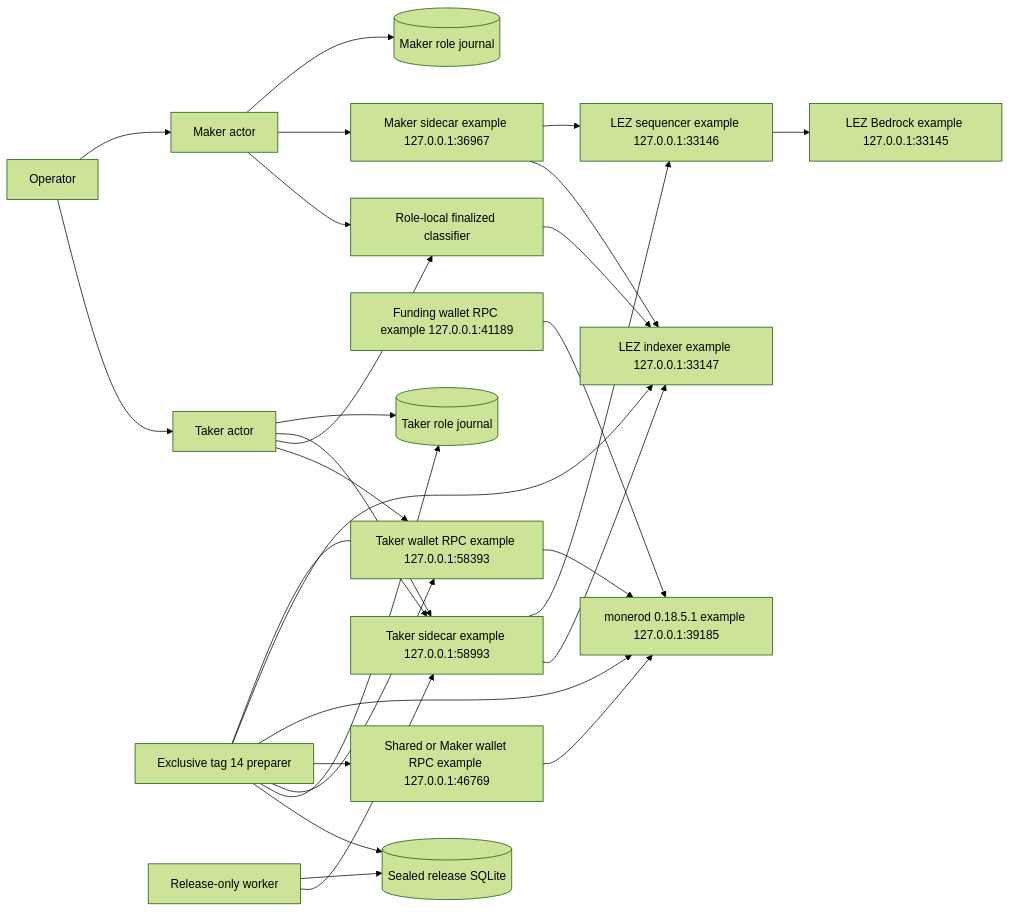
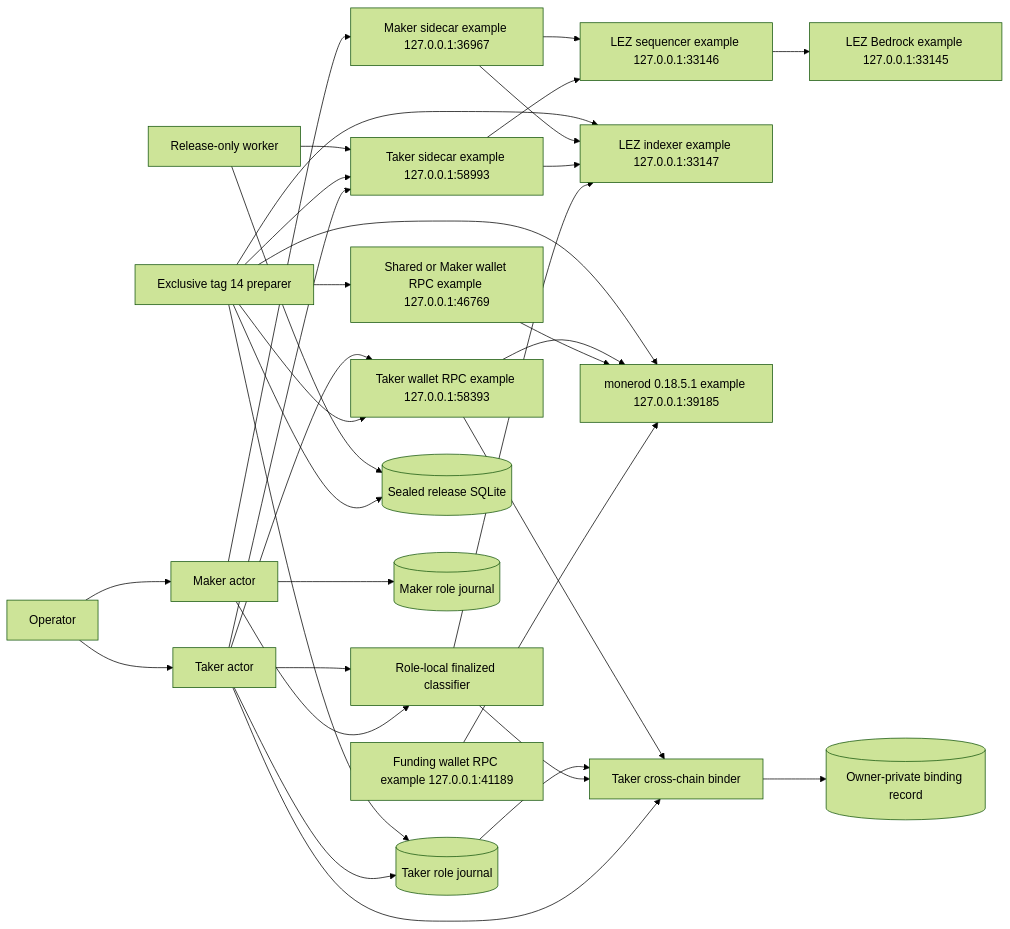
The third of 13 diagrams in docs/architecture/deployment-components-and-rpcs.md (gateway-fm/lez-atomic-swaps), drawn with Mermaid (forest theme) before and after one commit. The commit also changed other lines of this file and 12 other files, not shown here.

````diff
--- a/docs/architecture/deployment-components-and-rpcs.md
+++ b/docs/architecture/deployment-components-and-rpcs.md
@@ -176,49 +176,56 @@
 ```mermaid
 flowchart LR
     Operator["Operator"]
     Maker["Maker actor"]
     Taker["Taker actor"]
     Preparer["Exclusive tag 14 preparer"]
     Worker["Release-only worker"]
     Classifier["Role-local finalized classifier"]
     MakerSidecar["Maker sidecar example 127.0.0.1:36967"]
     TakerSidecar["Taker sidecar example 127.0.0.1:58993"]
     Sequencer["LEZ sequencer example 127.0.0.1:33146"]
     Indexer["LEZ indexer example 127.0.0.1:33147"]
     Bedrock["LEZ Bedrock example 127.0.0.1:33145"]
     Monerod["monerod 0.18.5.1 example 127.0.0.1:39185"]
     FundingWallet["Funding wallet RPC example 127.0.0.1:41189"]
     SharedWallet["Shared or Maker wallet RPC example 127.0.0.1:46769"]
     TakerWallet["Taker wallet RPC example 127.0.0.1:58393"]
     ReleaseDb[("Sealed release SQLite")]
     MakerJournal[("Maker role journal")]
     TakerJournal[("Taker role journal")]
+    Binder["Taker cross-chain binder"]
+    Binding[("Owner-private binding record")]
 
     Operator --> Maker
     Operator --> Taker
     Taker --> TakerJournal
     Maker --> MakerJournal
     Taker --> TakerSidecar
     Maker --> MakerSidecar
     TakerSidecar --> Sequencer
     MakerSidecar --> Sequencer
     Sequencer --> Bedrock
     Classifier --> Indexer
     TakerSidecar --> Indexer
     MakerSidecar --> Indexer
     FundingWallet --> Monerod
     SharedWallet --> Monerod
     TakerWallet --> Monerod
     Preparer --> TakerSidecar
     Preparer --> Indexer
     Preparer --> Monerod
     Preparer --> SharedWallet
     Preparer --> TakerWallet
     Preparer --> TakerJournal
     Preparer --> ReleaseDb
     Worker --> ReleaseDb
     Worker --> TakerSidecar
     Maker --> Classifier
     Taker --> Classifier
     Taker --> TakerWallet
+    Taker --> Binder
+    Classifier --> Binder
+    TakerJournal --> Binder
+    TakerWallet --> Binder
+    Binder --> Binding
 ```
````
